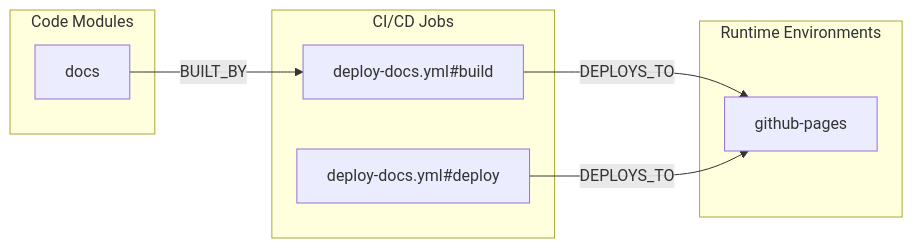
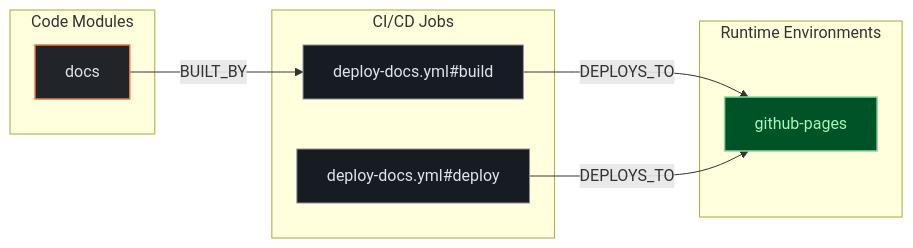
The second of 3 diagrams in exports/latest/reports/directus-vue-split-panel-report.md (kumarshaz/atruss-code-atlas), drawn with Mermaid before and after one commit. The commit also changed other lines of this file and 331 other files, not shown here.

Commit message:
docs,ui,fix: update SDLC docs, reorder CI/CD DAG first, stylize Mermaid, and fix Arc42 pipeline topology

````diff
--- a/exports/latest/reports/directus-vue-split-panel-report.md
+++ b/exports/latest/reports/directus-vue-split-panel-report.md
@@ -110,16 +117,20 @@
 ```mermaid
 flowchart LR
+    classDef atlasCategory fill:#212428,stroke:#E87A48,stroke-width:1.5px,color:#dfe3eb
+    classDef atlasWorkflow fill:#1b2026,stroke:#a3c9ff,stroke-width:1.5px,color:#dfe3eb
+    classDef atlasJob fill:#171c22,stroke:#8d9199,stroke-width:1px,color:#dfe3eb
+    classDef atlasTarget fill:#005227,stroke:#8bd99b,stroke-width:1.5px,color:#a7f6b6
     subgraph code_modules["Code Modules"]
-        mod_docs["docs"]
+        mod_docs["docs"]:::atlasCategory
     end
     subgraph ci_jobs["CI/CD Jobs"]
-        job_deploy_docs_yml_build["deploy-docs.yml#build"]
-        job_deploy_docs_yml_deploy["deploy-docs.yml#deploy"]
+        job_deploy_docs_yml_build["deploy-docs.yml#build"]:::atlasJob
+        job_deploy_docs_yml_deploy["deploy-docs.yml#deploy"]:::atlasJob
     end
     subgraph runtime_envs["Runtime Environments"]
-        env_github_pages["github-pages"]
+        env_github_pages["github-pages"]:::atlasTarget
     end
     job_deploy_docs_yml_build -->|DEPLOYS_TO| env_github_pages
     job_deploy_docs_yml_deploy -->|DEPLOYS_TO| env_github_pages
     mod_docs -->|BUILT_BY| job_deploy_docs_yml_build
 ```
````
